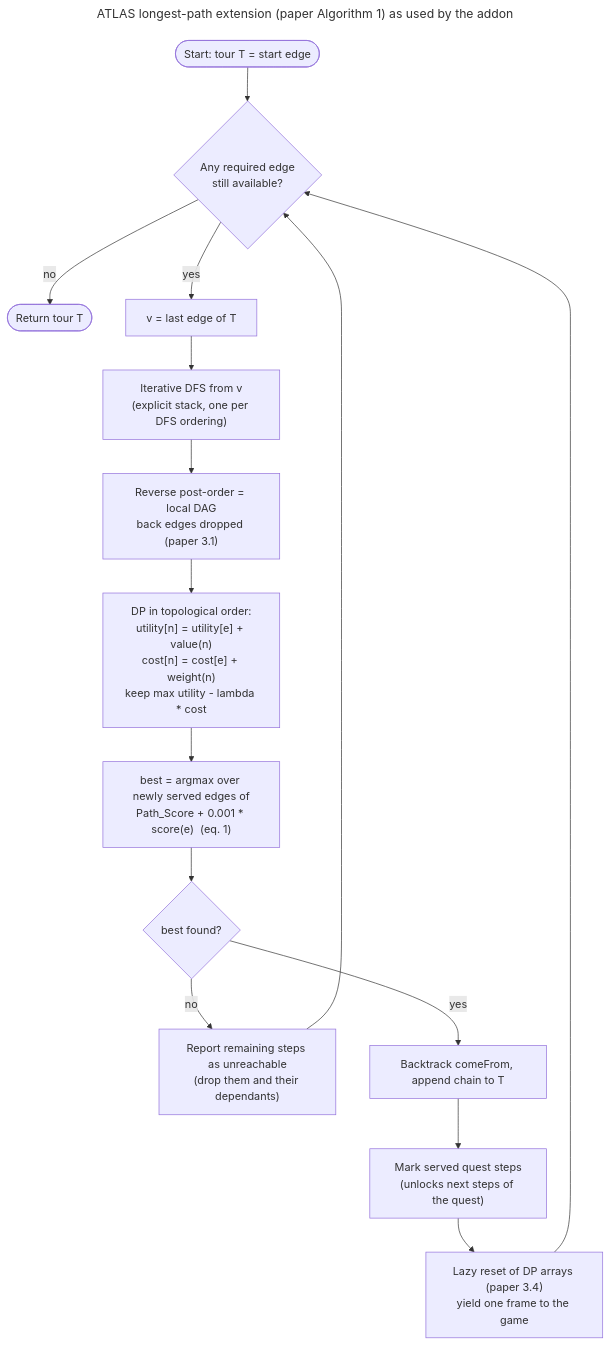
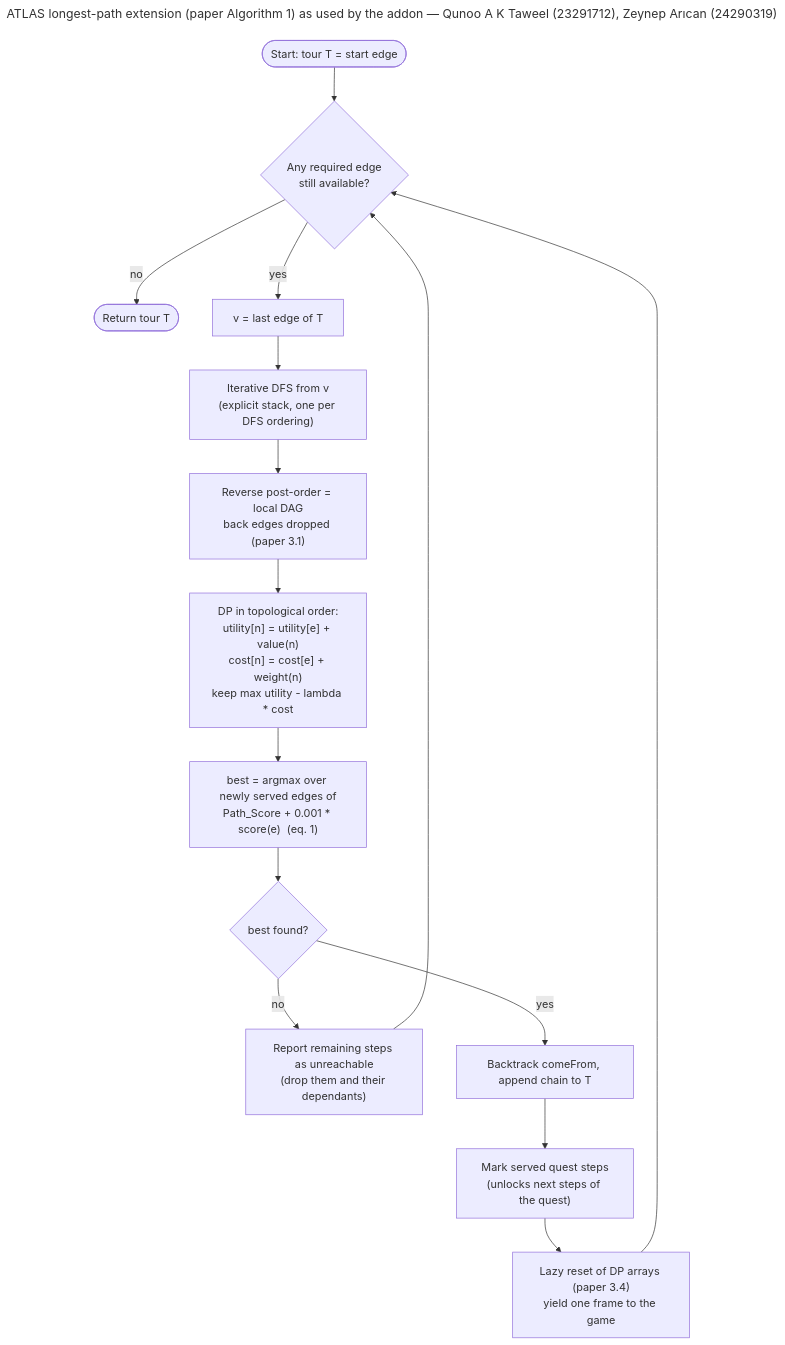
Before and after one commit to Qanoo-Taweel/wow-atlas-quest-router: the diagram in docs/diagrams/atlas-flow.mmd, drawn with Mermaid. The commit also changed 18 other files, not shown here.

First line of the commit message:
UML: sync full class diagram with code, print-ready PDF, authors

```diff
--- a/docs/diagrams/atlas-flow.mmd
+++ b/docs/diagrams/atlas-flow.mmd
@@ -1,17 +1,17 @@
 ---
-title: ATLAS longest-path extension (paper Algorithm 1) as used by the addon
+title: ATLAS longest-path extension (paper Algorithm 1) as used by the addon — Qunoo A K Taweel (23291712), Zeynep Arıcan (24290319)
 ---
 flowchart TD
   A([Start: tour T = start edge]) --> B{Any required edge<br/>still available?}
   B -- no --> Z([Return tour T])
   B -- yes --> C[v = last edge of T]
   C --> D["Iterative DFS from v<br/>(explicit stack, one per DFS ordering)"]
   D --> E["Reverse post-order = local DAG<br/>back edges dropped (paper 3.1)"]
   E --> F["DP in topological order:<br/>utility[n] = utility[e] + value(n)<br/>cost[n] = cost[e] + weight(n)<br/>keep max utility - lambda * cost"]
   F --> G["best = argmax over newly served edges of<br/>Path_Score + 0.001 * score(e)  (eq. 1)"]
   G --> H{best found?}
   H -- no --> U["Report remaining steps as unreachable<br/>(drop them and their dependants)"] --> B
   H -- yes --> I["Backtrack comeFrom, append chain to T"]
   I --> J["Mark served quest steps<br/>(unlocks next steps of the quest)"]
   J --> K["Lazy reset of DP arrays (paper 3.4)<br/>yield one frame to the game"]
   K --> B
```
